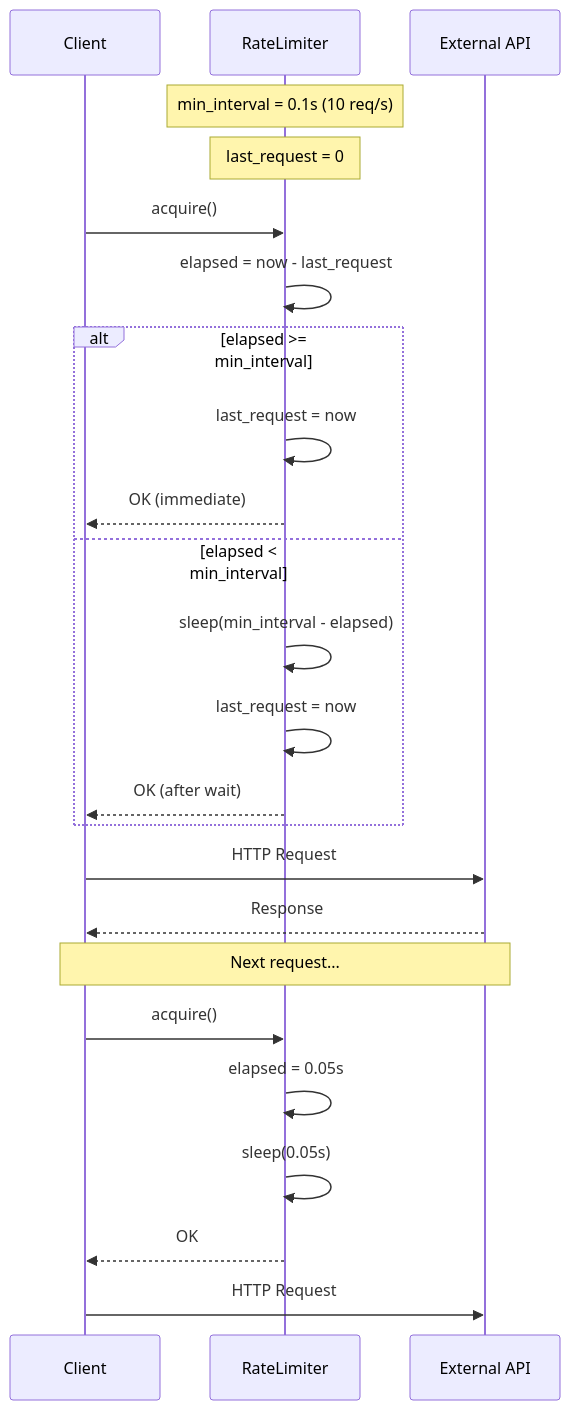
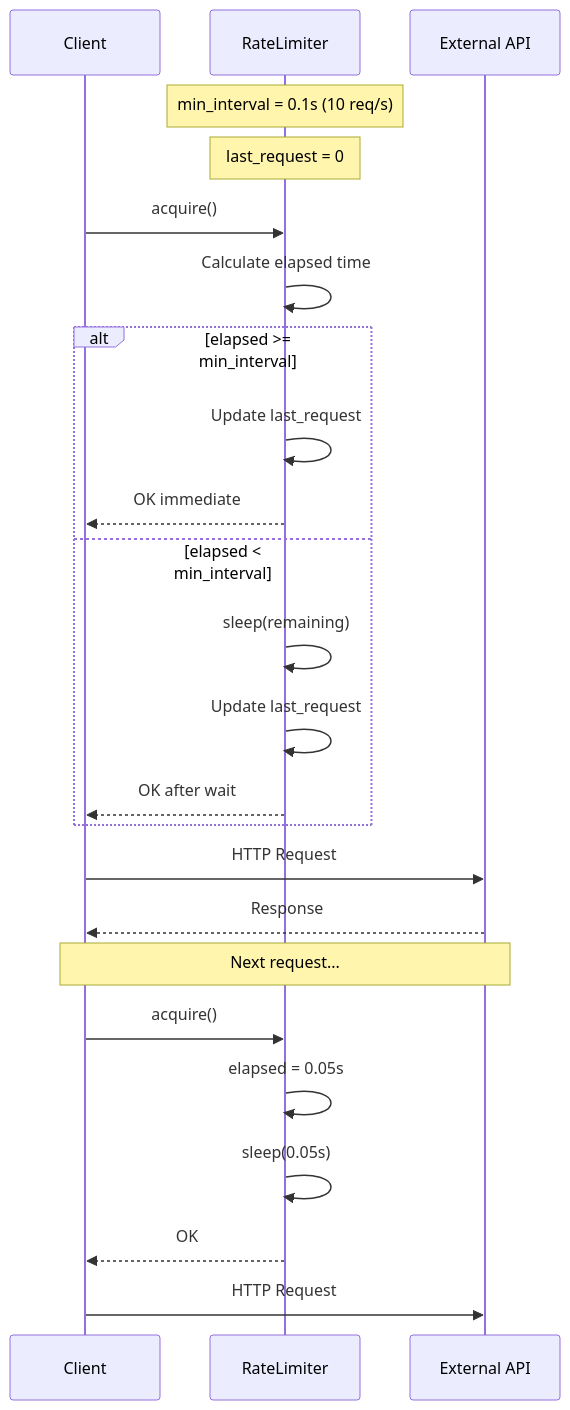
One commit to SteadfastAsArt/paper-ladder changed the ninth of 15 diagrams in docs/ARCHITECTURE.md. Above: the diagram before and after it, drawn with Mermaid. The commit also changed other lines of this file, not shown here.

Commit message:
Fix Mermaid syntax for GitHub compatibility

````diff
--- a/docs/ARCHITECTURE.md
+++ b/docs/ARCHITECTURE.md
@@ -489,30 +479,30 @@
 ```mermaid
 sequenceDiagram
     participant C as Client
     participant RL as RateLimiter
     participant API as External API
 
     Note over RL: min_interval = 0.1s (10 req/s)
     Note over RL: last_request = 0
 
     C->>RL: acquire()
-    RL->>RL: elapsed = now - last_request
+    RL->>RL: Calculate elapsed time
     alt elapsed >= min_interval
-        RL->>RL: last_request = now
-        RL-->>C: OK (immediate)
+        RL->>RL: Update last_request
+        RL-->>C: OK immediate
     else elapsed < min_interval
-        RL->>RL: sleep(min_interval - elapsed)
-        RL->>RL: last_request = now
-        RL-->>C: OK (after wait)
+        RL->>RL: sleep(remaining)
+        RL->>RL: Update last_request
+        RL-->>C: OK after wait
     end
     C->>API: HTTP Request
     API-->>C: Response
 
     Note over C,API: Next request...
 
     C->>RL: acquire()
     RL->>RL: elapsed = 0.05s
     RL->>RL: sleep(0.05s)
     RL-->>C: OK
     C->>API: HTTP Request
 ```
````
